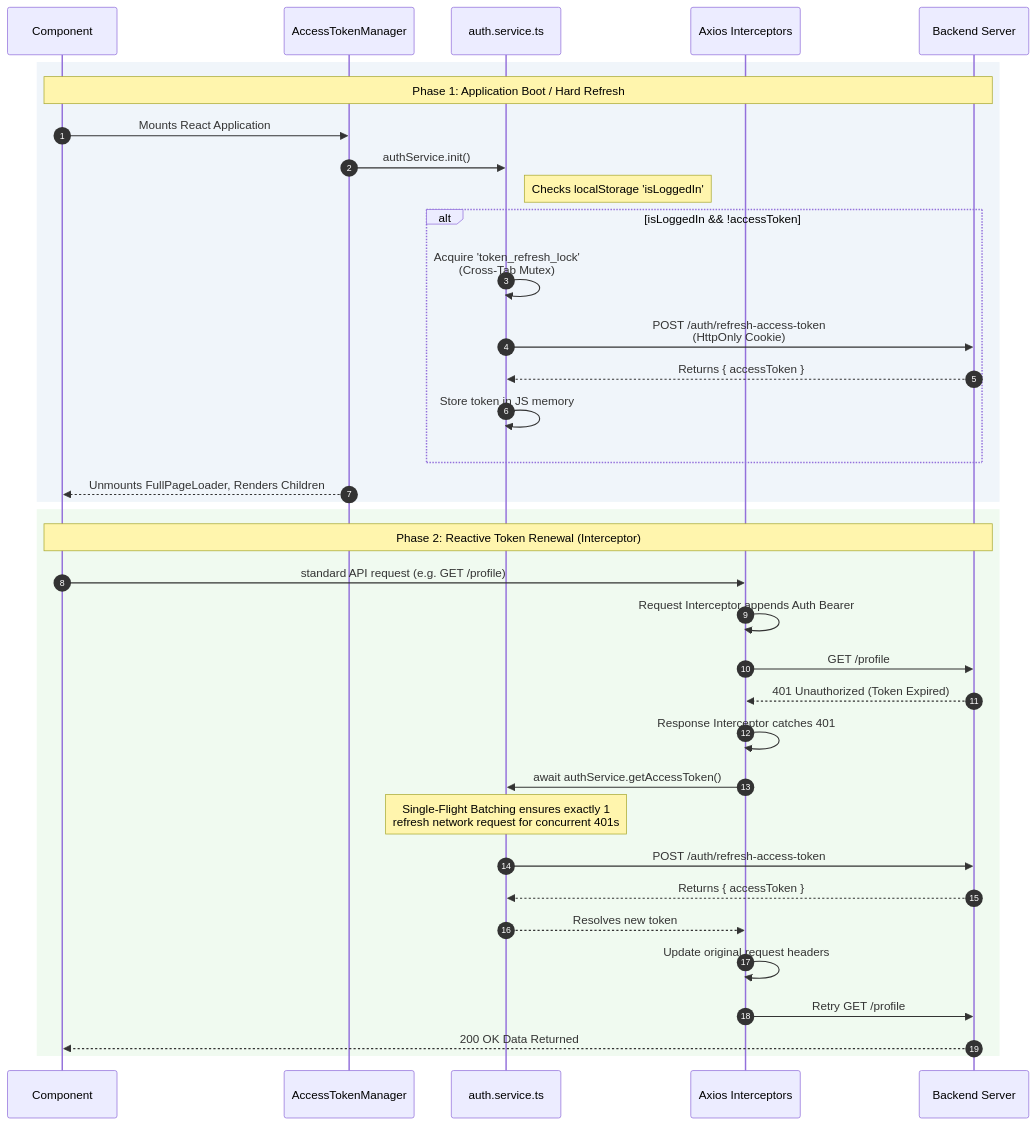
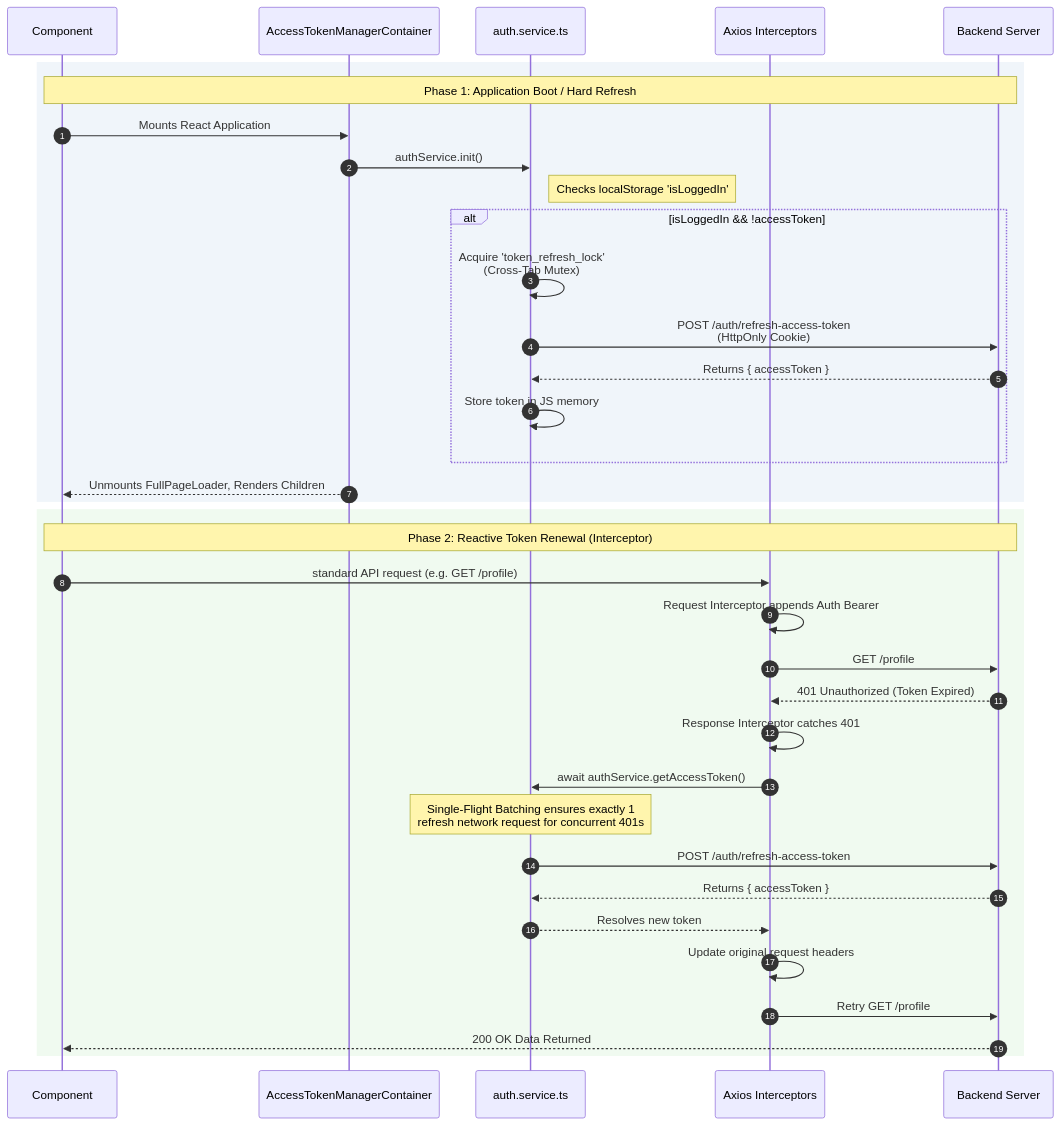
The diagram in src/auth/__docs__/auth-strategy.mermaid (oosahon/drimsheet-web), drawn with Mermaid before and after one commit. The commit also changed 101 other files, not shown here.

```diff
--- a/src/auth/__docs__/auth-strategy.mermaid
+++ b/src/auth/__docs__/auth-strategy.mermaid
@@ -1,38 +1,38 @@
 sequenceDiagram
     autonumber
     participant UI as Component
-    participant ATM as AccessTokenManager
+    participant ATM as AccessTokenManagerContainer
     participant Auth as auth.service.ts
     participant API as Axios Interceptors
     participant BE as Backend Server
 
     rect rgb(240, 245, 250)
         Note over UI, BE: Phase 1: Application Boot / Hard Refresh
         UI->>ATM: Mounts React Application
         ATM->>Auth: authService.init()
         Note right of Auth: Checks localStorage 'isLoggedIn'
         alt isLoggedIn && !accessToken
             Auth->>Auth: Acquire 'token_refresh_lock'<br>(Cross-Tab Mutex)
             Auth->>BE: POST /auth/refresh-access-token<br>(HttpOnly Cookie)
             BE-->>Auth: Returns { accessToken }
             Auth->>Auth: Store token in JS memory
         end
         ATM-->>UI: Unmounts FullPageLoader, Renders Children
     end
 
     rect rgb(240, 250, 240)
         Note over UI, BE: Phase 2: Reactive Token Renewal (Interceptor)
         UI->>API: standard API request (e.g. GET /profile)
         API->>API: Request Interceptor appends Auth Bearer
         API->>BE: GET /profile
         BE-->>API: 401 Unauthorized (Token Expired)
         API->>API: Response Interceptor catches 401
         API->>Auth: await authService.getAccessToken()
         Note over Auth: Single-Flight Batching ensures exactly 1<br>refresh network request for concurrent 401s
         Auth->>BE: POST /auth/refresh-access-token
         BE-->>Auth: Returns { accessToken }
         Auth-->>API: Resolves new token
         API->>API: Update original request headers
         API->>BE: Retry GET /profile
         BE-->>UI: 200 OK Data Returned
     end
```
